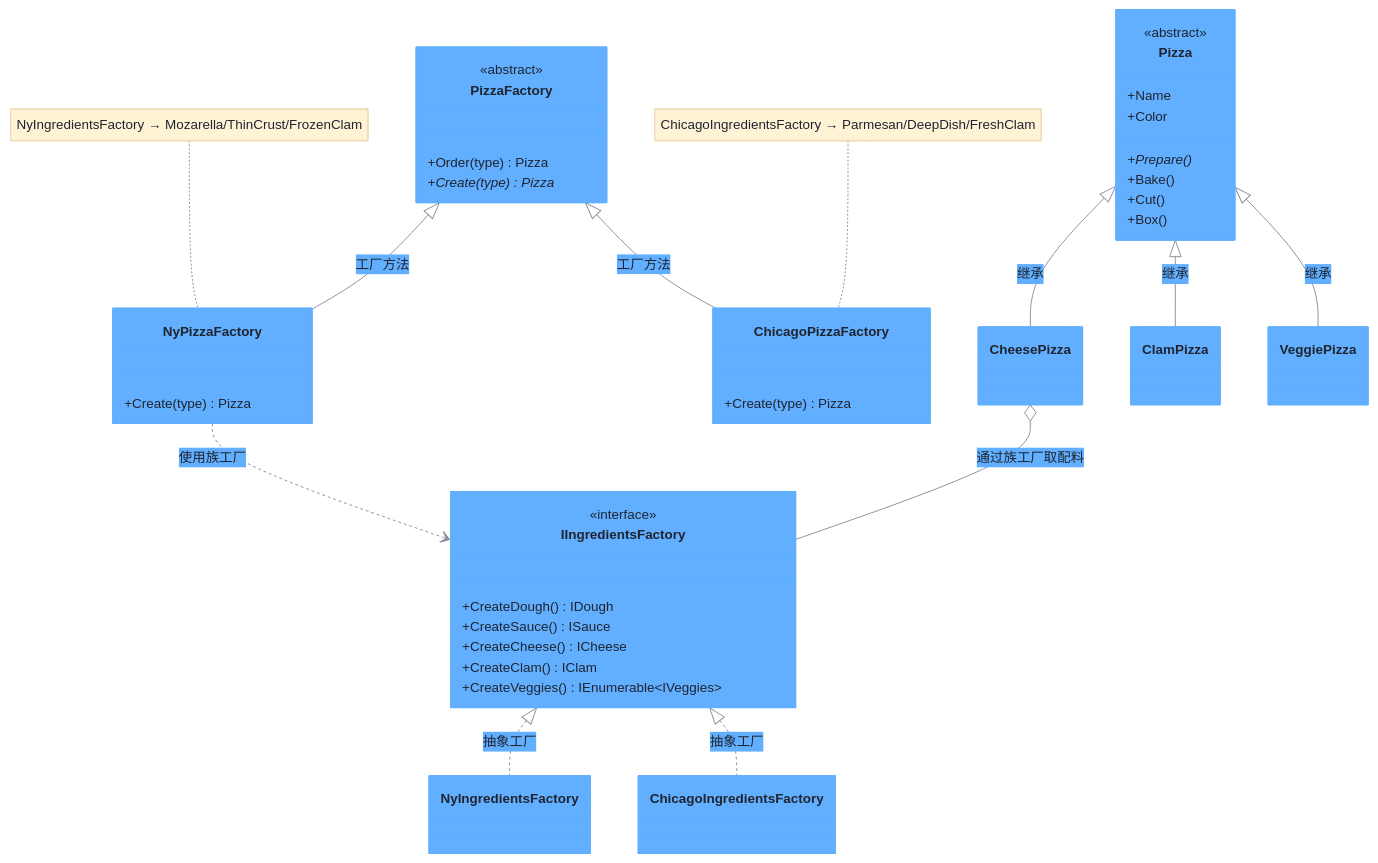
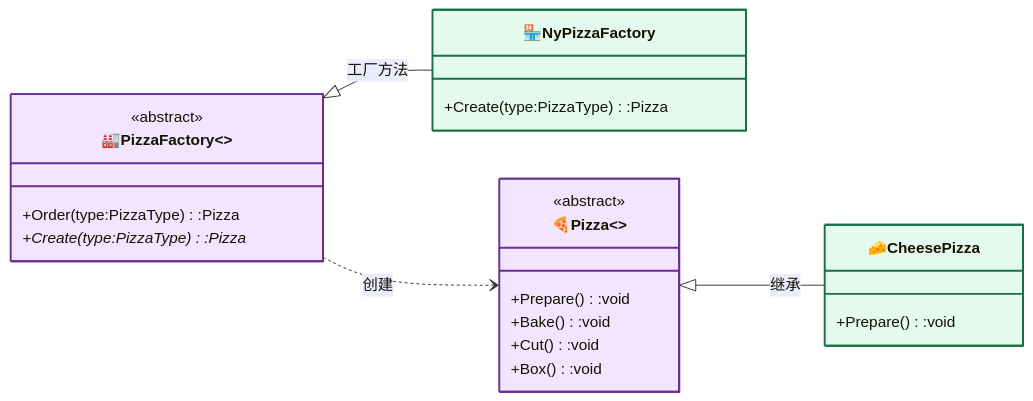
Before and after one commit to hollson/design_patterns: the diagram in FactoryPattern/README.md, drawn with Mermaid. The commit also changed other lines of this file and 19 other files, not shown here.

Commit message:
docs: refactor mermaid diagrams to basic GoF model style for all 20 design patterns

````diff
--- a/FactoryPattern/README.md
+++ b/FactoryPattern/README.md
@@ -33,50 +44,32 @@
 ```mermaid
-%%{init: {"theme": "base", "themeVariables": {"primaryColor": "#61affe", "primaryTextColor": "#1f2430", "primaryBorderColor": "#61affe", "lineColor": "#8a919e", "secondaryColor": "#eaf2fb", "tertiaryColor": "#f5f7fa", "noteBkgColor": "#fff3d6", "noteTextColor": "#1f2430", "fontSize": "14px"}}}%%
+%%{init: {"classDiagram": {"useMarkdownLabels": true}} }%%
 classDiagram
-    direction TB
-    class PizzaFactory {
+    direction LR
+
+    class Creator["🏭PizzaFactory<<abstract>>"]:::strategyCls{
         <<abstract>>
-        +Order(type) Pizza
-        +Create(type)* Pizza
+        +Order(type:PizzaType):Pizza
+        +Create(type:PizzaType)*:Pizza
     }
-    class NyPizzaFactory {
-        +Create(type) Pizza
+    class ConcreteCreator["🏪NyPizzaFactory"]:::concreteCls{
+        +Create(type:PizzaType):Pizza
     }
-    class ChicagoPizzaFactory {
-        +Create(type) Pizza
+    class Product["🍕Pizza<<abstract>>"]:::strategyCls{
+        <<abstract>>
+        +Prepare():void
+        +Bake():void
+        +Cut():void
+        +Box():void
     }
-    class Pizza {
-        <<abstract>>
-        +Name
-        +Color
-        +Prepare()*
-        +Bake()
-        +Cut()
-        +Box()
+    class ConcreteProduct["🧀CheesePizza"]:::concreteCls{
+        +Prepare():void
     }
-    class CheesePizza
-    class ClamPizza
-    class VeggiePizza
-    class IIngredientsFactory {
-        <<interface>>
-        +CreateDough() IDough
-        +CreateSauce() ISauce
-        +CreateCheese() ICheese
-        +CreateClam() IClam
-        +CreateVeggies() IEnumerable~IVeggies~
-    }
-    class NyIngredientsFactory
-    class ChicagoIngredientsFactory
 
-    PizzaFactory <|-- NyPizzaFactory : 工厂方法
-    PizzaFactory <|-- ChicagoPizzaFactory : 工厂方法
-    Pizza <|-- CheesePizza : 继承
-    Pizza <|-- ClamPizza : 继承
-    Pizza <|-- VeggiePizza : 继承
-    IIngredientsFactory <|.. NyIngredientsFactory : 抽象工厂
-    IIngredientsFactory <|.. ChicagoIngredientsFactory : 抽象工厂
-    NyPizzaFactory ..> IIngredientsFactory : 使用族工厂
-    CheesePizza o-- IIngredientsFactory : 通过族工厂取配料
-    note for NyPizzaFactory "NyIngredientsFactory → Mozarella/ThinCrust/FrozenClam"
-    note for ChicagoPizzaFactory "ChicagoIngredientsFactory → Parmesan/DeepDish/FreshClam"
+    Creator <|-- ConcreteCreator : 工厂方法
+    Creator ..> Product : 创建
+    Product <|-- ConcreteProduct : 继承
+
+    classDef contextCls fill:#fff3cd,stroke:#856404,stroke-width:2px
+    classDef strategyCls fill:#f3e5ff,stroke:#6b2d91,stroke-width:2px
+    classDef concreteCls fill:#e5faef,stroke:#177048,stroke-width:2px
 ```
````
